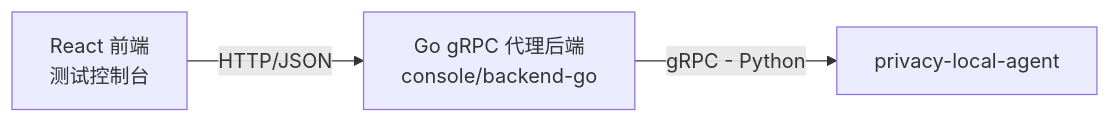
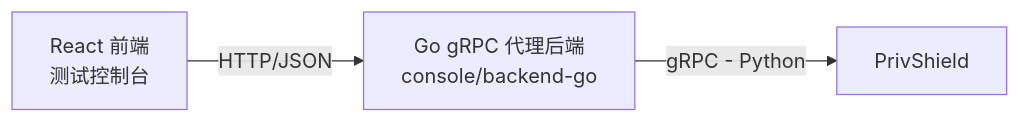
One commit to fengzhizi319/PrivShield changed the diagram in console/backend-go/docs/design.md. Above: the diagram before and after it, drawn with Mermaid. The commit also changed 393 other files, not shown here.

Commit message:
refactor(brand): 全面将 privacy_local_agent 迁移升级为 PrivShield

````diff
--- a/console/backend-go/docs/design.md
+++ b/console/backend-go/docs/design.md
@@ -18,5 +18,5 @@
 ```mermaid
 graph LR
     A[React 前端<br/>测试控制台] -->|HTTP/JSON| B[Go gRPC 代理后端<br/>console/backend-go]
-    B -->|gRPC - Python| C[privacy-local-agent]
+    B -->|gRPC - Python| C[PrivShield]
 ```
````
